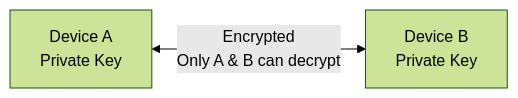
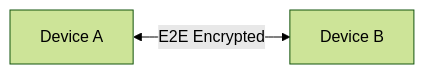
One commit to kisukeapp/mintlify-docs changed the diagram in concepts/security.mdx. Above: the diagram before and after it, drawn with Mermaid (forest theme). The commit also changed 3 other files, not shown here.

Commit message:
fix: mermaid diagram text clipping on same-section navigation

````diff
--- a/concepts/security.mdx
+++ b/concepts/security.mdx
@@ -18,4 +18,4 @@
 ```mermaid actions={false}
 graph LR
-  A["Device A<br/>Private Key"] <-->|"Encrypted<br/>Only A & B can decrypt"| B["Device B<br/>Private Key"]
+  A["Device A"] <-->|"E2E Encrypted"| B["Device B"]
 ```
````
